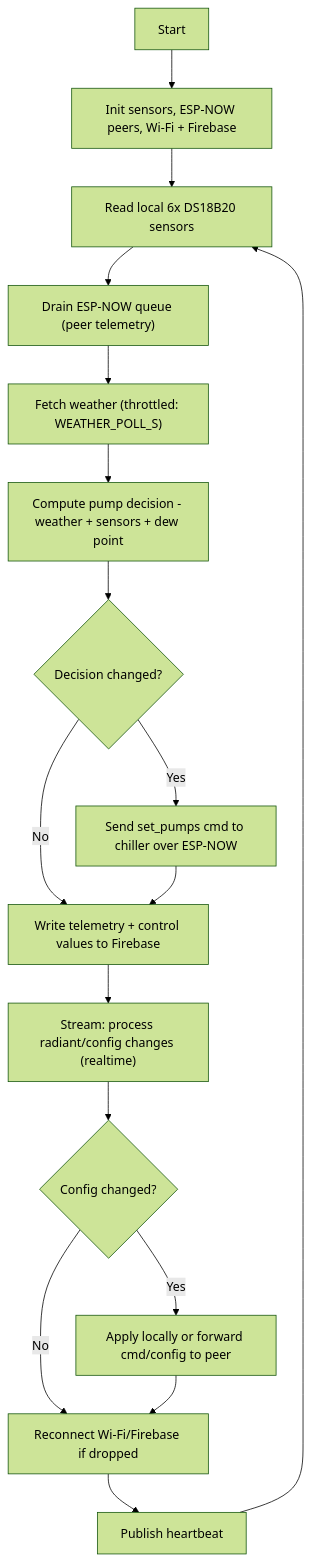
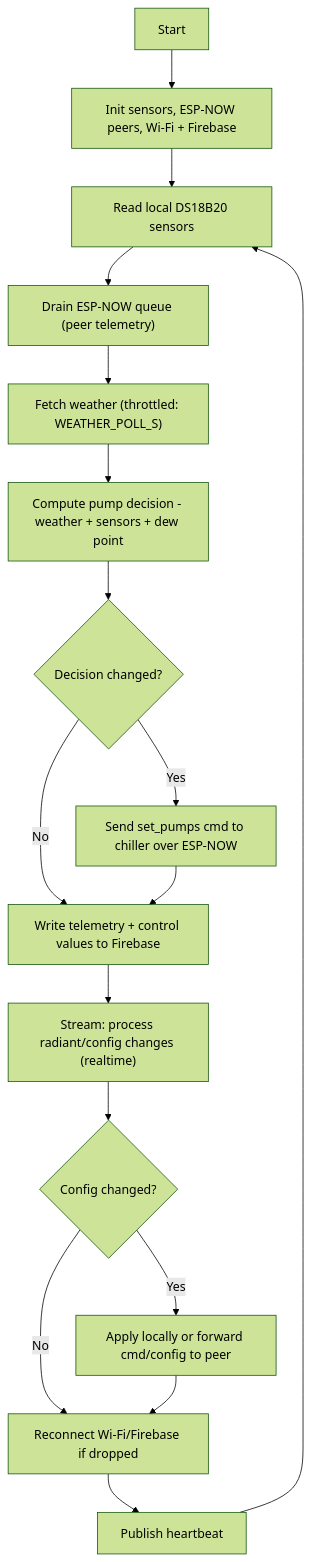
One commit to qppd/radiant-cooling changed the first of 4 diagrams in docs/diagrams/flow-chart.md. Above: the diagram before and after it, drawn with Mermaid (forest theme). The commit also changed 21 other files, not shown here.

````diff
--- a/docs/diagrams/flow-chart.md
+++ b/docs/diagrams/flow-chart.md
@@ -12,19 +12,19 @@
 ```mermaid
 flowchart TD
     A["Start"] --> B["Init sensors, ESP-NOW peers, Wi-Fi + Firebase"]
-    B --> C["Read local 6x DS18B20 sensors"]
+    B --> C["Read local DS18B20 sensors"]
     C --> D["Drain ESP-NOW queue (peer telemetry)"]
     D --> E["Fetch weather (throttled: WEATHER_POLL_S)"]
     E --> F["Compute pump decision - weather + sensors + dew point"]
     F --> G{"Decision changed?"}
     G -->|Yes| H["Send set_pumps cmd to chiller over ESP-NOW"]
     G -->|No| I["Write telemetry + control values to Firebase"]
     H --> I
     I --> J["Stream: process radiant/config changes (realtime)"]
     J --> K{"Config changed?"}
     K -->|Yes| L["Apply locally or forward cmd/config to peer"]
     K -->|No| M["Reconnect Wi-Fi/Firebase if dropped"]
     L --> M
     M --> N["Publish heartbeat"]
     N --> C
 ```
````
